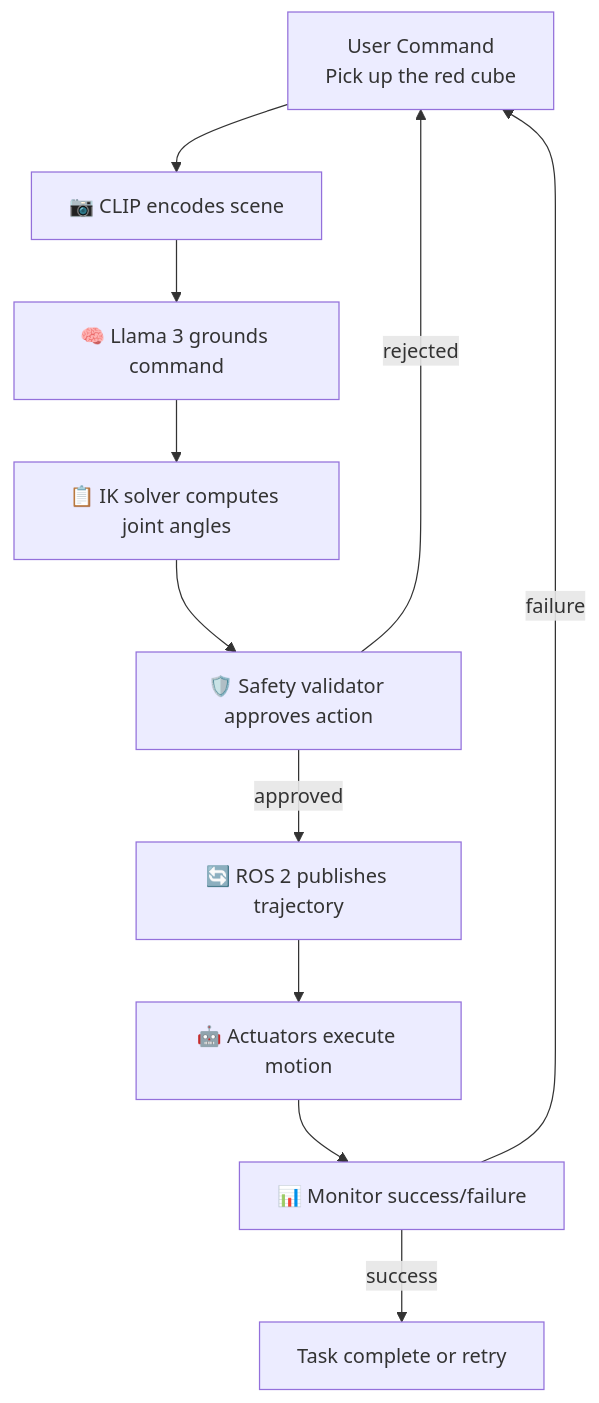
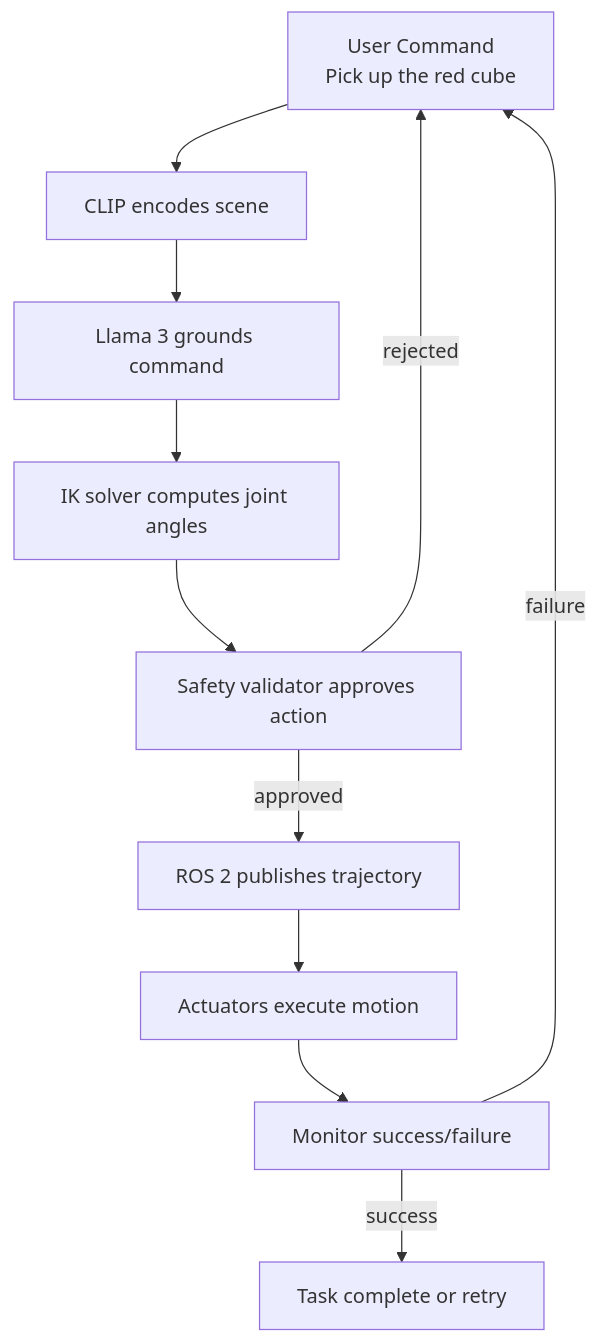
Before and after one commit to Danishhshahid/Physical-AI-Humanoid-Robotics-Book: the second of 2 diagrams in docs/chapters/ch6-capstone.mdx, drawn with Mermaid. The commit also changed other lines of this file and 45 other files, not shown here.

````diff
--- a/docs/chapters/ch6-capstone.mdx
+++ b/docs/chapters/ch6-capstone.mdx
@@ -923,23 +923,23 @@
 ```mermaid
 graph TD
     Start["User Command<br/>Pick up the red cube"]
-    Cap["📷 CLIP encodes scene"]
-    LLM["🧠 Llama 3 grounds command"]
-    IK["📋 IK solver computes joint angles"]
-    Safety["🛡️ Safety validator approves action"]
-    ROS2["🔄 ROS 2 publishes trajectory"]
-    Motor["🤖 Actuators execute motion"]
-    FB["📊 Monitor success/failure"]
+    Cap[" CLIP encodes scene"]
+    LLM[" Llama 3 grounds command"]
+    IK[" IK solver computes joint angles"]
+    Safety[" Safety validator approves action"]
+    ROS2[" ROS 2 publishes trajectory"]
+    Motor[" Actuators execute motion"]
+    FB[" Monitor success/failure"]
     Done["Task complete or retry"]
 
     Start --> Cap
     Cap --> LLM
     LLM --> IK
     IK --> Safety
     Safety -->|approved| ROS2
     Safety -->|rejected| Start
     ROS2 --> Motor
     Motor --> FB
     FB -->|success| Done
     FB -->|failure| Start
 ```
````
